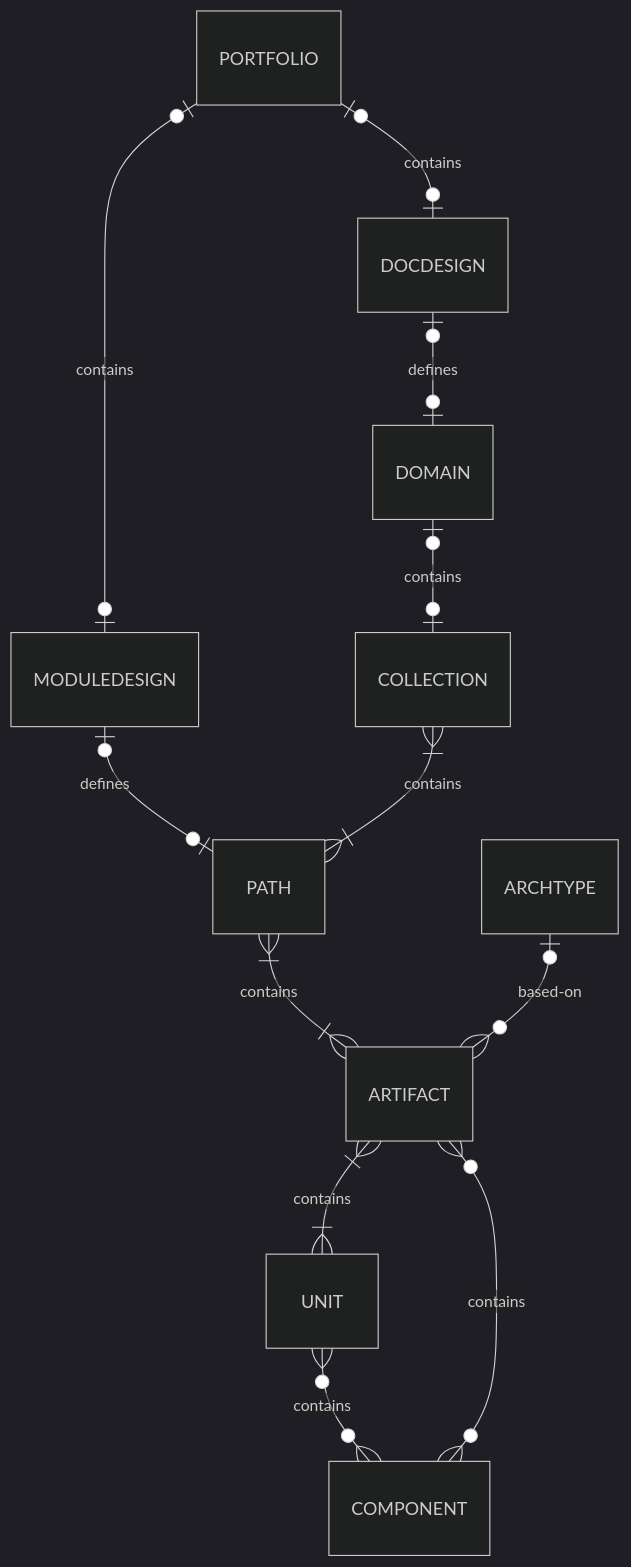
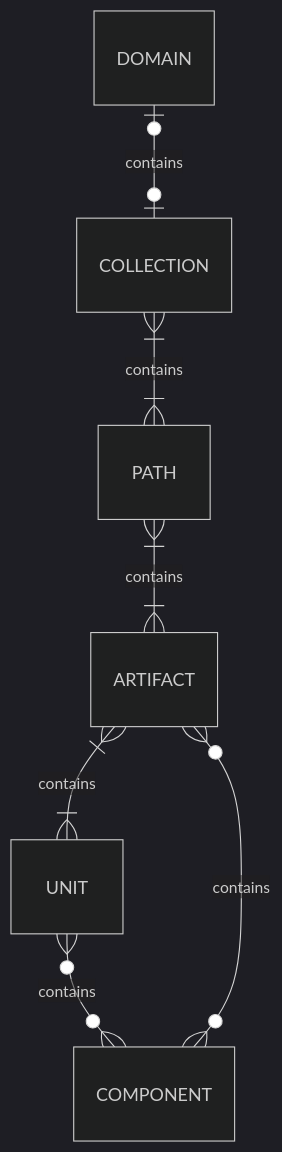
Before and after one commit to mattbriggs/tech-doc-generator: the diagram in diagrams/pattern-levels.mmd, drawn with Mermaid (dark theme). The commit also changed 3 other files, not shown here.

```diff
--- a/diagrams/pattern-levels.mmd
+++ b/diagrams/pattern-levels.mmd
@@ -1,12 +1,7 @@
 erDiagram
-        PORTFOLIO |o--o| DOCDESIGN : contains
-        PORTFOLIO  |o--o| MODULEDESIGN : contains
-        DOCDESIGN |o--o| DOMAIN : defines
-        MODULEDESIGN |o--o| PATH : defines
         DOMAIN |o--o| COLLECTION: contains
         COLLECTION }|--|{ PATH : contains
         PATH }|--|{ ARTIFACT : contains
         ARTIFACT }|--|{ UNIT : contains
         UNIT }o--o{ COMPONENT : contains
         ARTIFACT }o--o{ COMPONENT : contains
-        ARCHTYPE |o--o{ ARTIFACT : based-on
```
